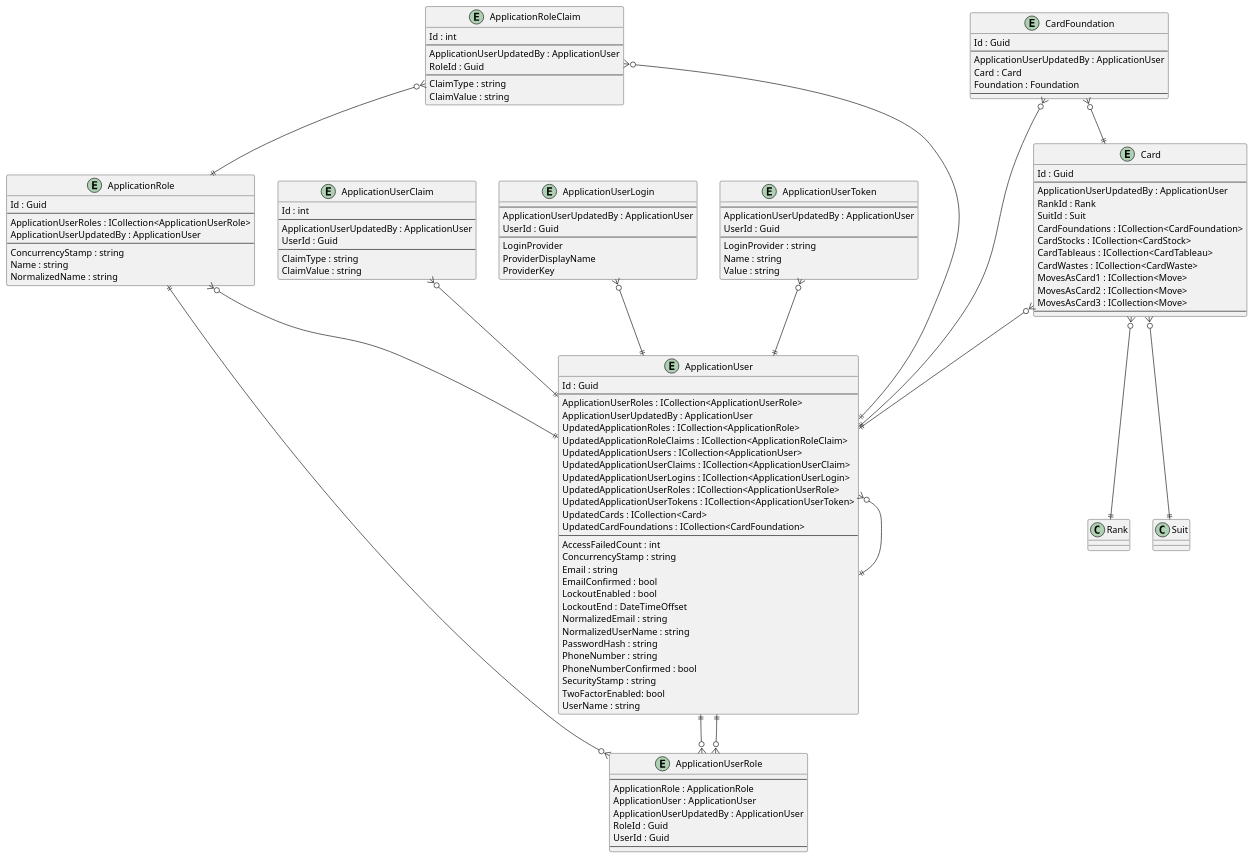
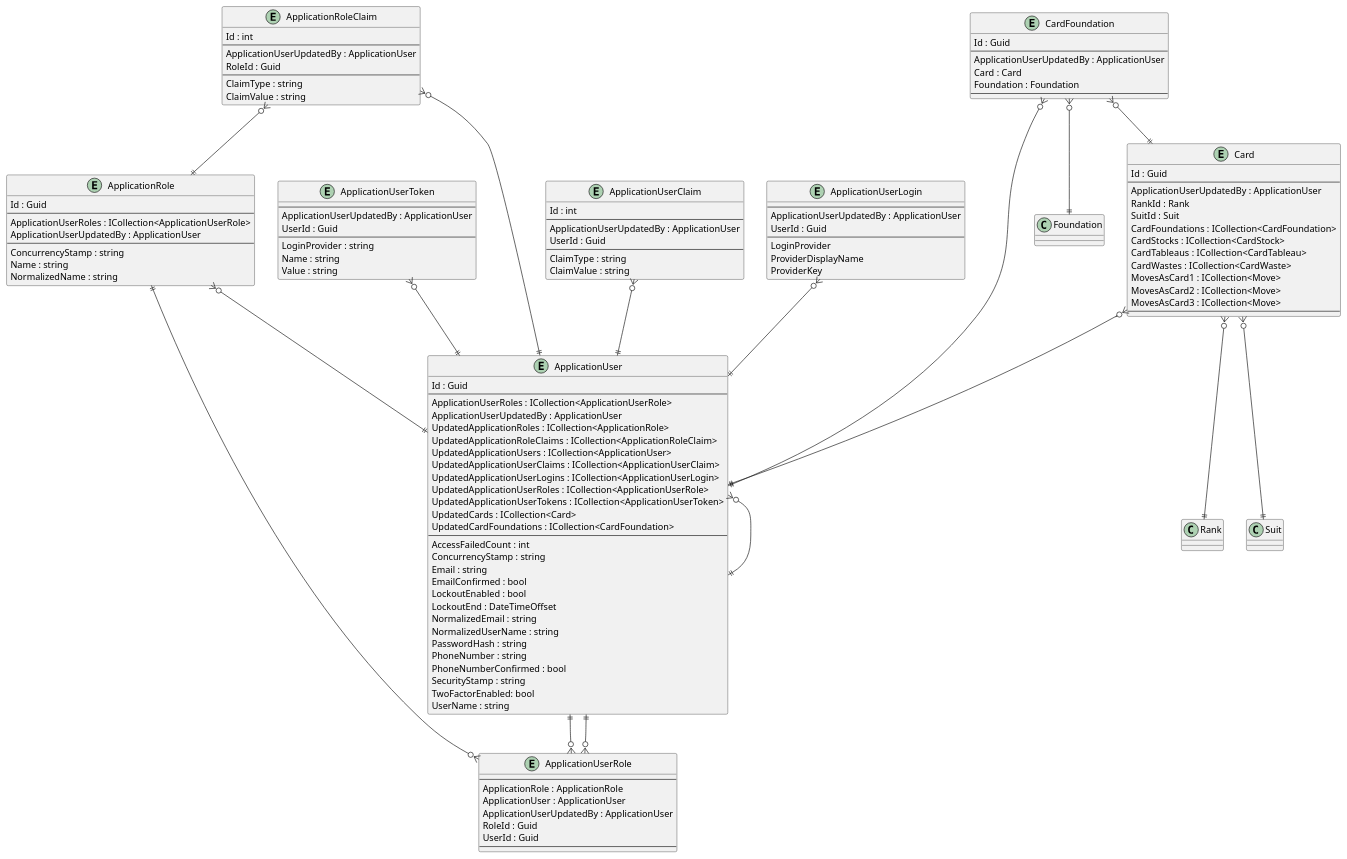
One commit to intrepion/intrepion_klondike-solitaire_csharp changed the diagram in .docs/Intrepion.KlondikeSolitaire.pu. Above: the diagram before and after it, drawn with PlantUML.

```diff
--- a/.docs/Intrepion.KlondikeSolitaire.pu
+++ b/.docs/Intrepion.KlondikeSolitaire.pu
@@ -1,145 +1,146 @@
 @startuml
 
 entity ApplicationRole {
     Id : Guid
     --
     ApplicationUserRoles : ICollection<ApplicationUserRole>
     ApplicationUserUpdatedBy : ApplicationUser
     --
     ConcurrencyStamp : string
     Name : string
     NormalizedName : string
 }
 
 entity ApplicationRoleClaim {
     Id : int
     --
     ApplicationUserUpdatedBy : ApplicationUser
     RoleId : Guid
     --
     ClaimType : string
     ClaimValue : string
 }
 
 entity ApplicationUser {
     Id : Guid
     --
     ApplicationUserRoles : ICollection<ApplicationUserRole>
     ApplicationUserUpdatedBy : ApplicationUser
     UpdatedApplicationRoles : ICollection<ApplicationRole>
     UpdatedApplicationRoleClaims : ICollection<ApplicationRoleClaim>
     UpdatedApplicationUsers : ICollection<ApplicationUser>
     UpdatedApplicationUserClaims : ICollection<ApplicationUserClaim>
     UpdatedApplicationUserLogins : ICollection<ApplicationUserLogin>
     UpdatedApplicationUserRoles : ICollection<ApplicationUserRole>
     UpdatedApplicationUserTokens : ICollection<ApplicationUserToken>
     UpdatedCards : ICollection<Card>
     UpdatedCardFoundations : ICollection<CardFoundation>
     ' ApplicationUserKeyCodePlaceholder
     --
     AccessFailedCount : int
     ConcurrencyStamp : string
     Email : string
     EmailConfirmed : bool
     LockoutEnabled : bool
     LockoutEnd : DateTimeOffset
     NormalizedEmail : string
     NormalizedUserName : string
     PasswordHash : string
     PhoneNumber : string
     PhoneNumberConfirmed : bool
     SecurityStamp : string
     TwoFactorEnabled: bool
     UserName : string
 }
 
 entity ApplicationUserClaim {
     Id : int
     --
     ApplicationUserUpdatedBy : ApplicationUser
     UserId : Guid
     --
     ClaimType : string
     ClaimValue : string
 }
 
 entity ApplicationUserLogin {
     --
     ApplicationUserUpdatedBy : ApplicationUser
     UserId : Guid
     --
     LoginProvider
     ProviderDisplayName
     ProviderKey
 }
 
 entity ApplicationUserRole {
     --
     ApplicationRole : ApplicationRole
     ApplicationUser : ApplicationUser
     ApplicationUserUpdatedBy : ApplicationUser
     RoleId : Guid
     UserId : Guid
     --
 }
 
 entity ApplicationUserToken {
     --
     ApplicationUserUpdatedBy : ApplicationUser
     UserId : Guid
     --
     LoginProvider : string
     Name : string
     Value : string
 }
 
 entity Card {
     Id : Guid
     --
     ApplicationUserUpdatedBy : ApplicationUser
     RankId : Rank
     SuitId : Suit
     CardFoundations : ICollection<CardFoundation>
     CardStocks : ICollection<CardStock>
     CardTableaus : ICollection<CardTableau>
     CardWastes : ICollection<CardWaste>
     MovesAsCard1 : ICollection<Move>
     MovesAsCard2 : ICollection<Move>
     MovesAsCard3 : ICollection<Move>
     ' CardKeyCodePlaceholder
     --
     ' CardPropertyCodePlaceholder
 }
 
 entity CardFoundation {
     Id : Guid
     --
     ApplicationUserUpdatedBy : ApplicationUser
     Card : Card
     Foundation : Foundation
     ' CardFoundationKeyCodePlaceholder
     --
     ' CardFoundationPropertyCodePlaceholder
 }
 
 ' EntityCodePlaceholder
 
 ApplicationRole ||--o{ ApplicationUserRole
 ApplicationRole }o--|| ApplicationUser
 ApplicationRoleClaim }o--|| ApplicationRole
 ApplicationRoleClaim }o--|| ApplicationUser
 ApplicationUser }o--|| ApplicationUser
 ApplicationUser ||--o{ ApplicationUserRole
 ApplicationUserClaim }o--|| ApplicationUser
 ApplicationUserLogin }o--|| ApplicationUser
 ApplicationUserRole }o--|| ApplicationUser
 ApplicationUserToken }o--|| ApplicationUser
 
 Card }o--|| ApplicationUser
 Card }o--|| Rank
 Card }o--|| Suit
 CardFoundation }o--|| ApplicationUser
 CardFoundation }o--|| Card
+CardFoundation }o--|| Foundation
 ' RelationshipCodePlaceholder
 
 @enduml
```
